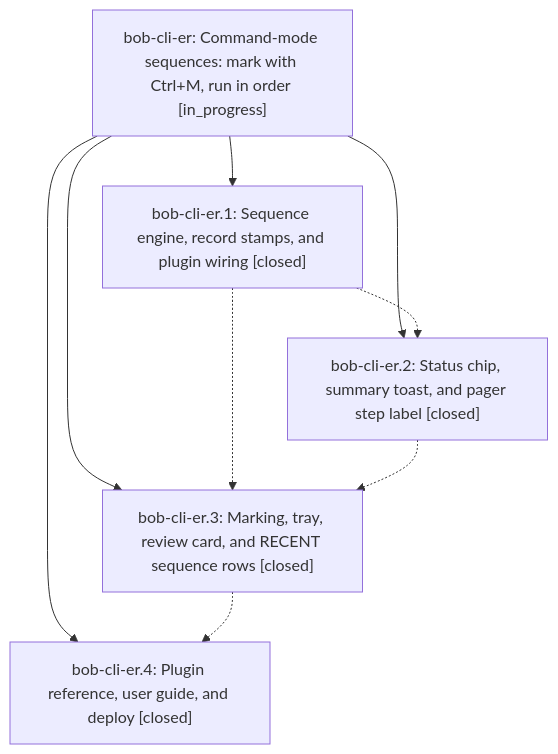
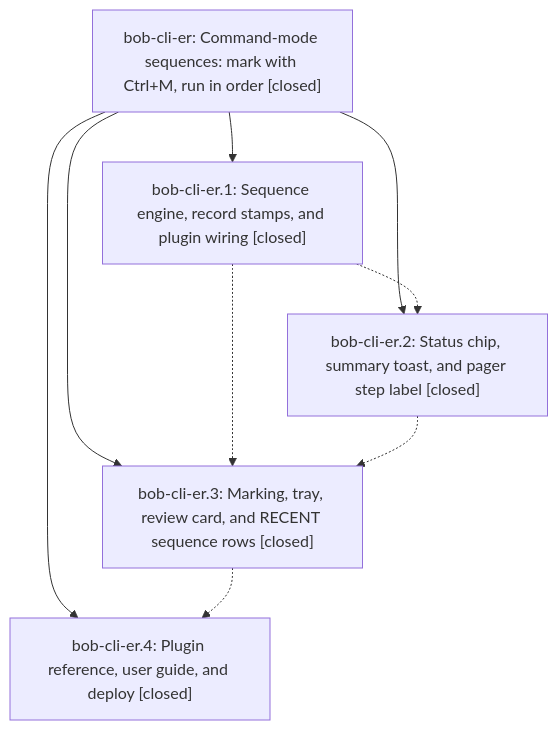
One commit to bobs-org/bob-cli--beads changed the diagram in pages/bob-cli-er/README.md. Above: the diagram before and after it, drawn with Mermaid. The commit also changed other lines of this file and 1 other file, not shown here.

First line of the commit message:
chore(beads): sync bead state and pages for bob-cli-er

````diff
--- a/pages/bob-cli-er/README.md
+++ b/pages/bob-cli-er/README.md
@@ -39,16 +60,16 @@
 ```mermaid
 flowchart TD
-    n0["bob-cli-er: Command-mode sequences: mark with Ctrl+M, run in order [in_progress]"]
+    n0["bob-cli-er: Command-mode sequences: mark with Ctrl+M, run in order [closed]"]
     n1["bob-cli-er.1: Sequence engine, record stamps, and plugin wiring [closed]"]
     n2["bob-cli-er.2: Status chip, summary toast, and pager step label [closed]"]
     n3["bob-cli-er.3: Marking, tray, review card, and RECENT sequence rows [closed]"]
     n4["bob-cli-er.4: Plugin reference, user guide, and deploy [closed]"]
     n0 --> n1
     n0 --> n2
     n0 --> n3
     n0 --> n4
     n1 -.-> n2
     n1 -.-> n3
     n2 -.-> n3
     n3 -.-> n4
 ```
````
